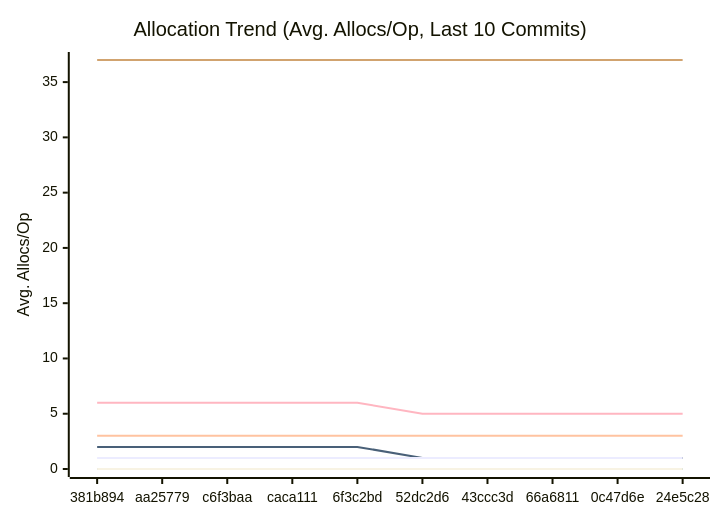
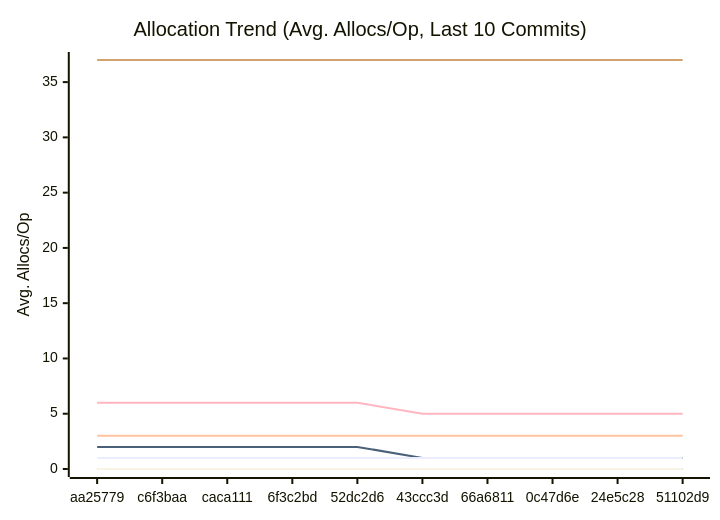
The third of 3 diagrams in docs/PERFORMANCE.md (alsotoes/momo), drawn with Mermaid before and after one commit. The commit also changed other lines of this file and 2 other files, not shown here.

````diff
--- a/docs/PERFORMANCE.md
+++ b/docs/PERFORMANCE.md
@@ -176,18 +176,18 @@
 ```mermaid
 xychart-beta
     title "Allocation Trend (Avg. Allocs/Op, Last 10 Commits)"
     x-axis "Commit"
     y-axis "Avg. Allocs/Op"
-    x-axis [381b894,aa25779,c6f3baa,caca111,6f3c2bd,52dc2d6,43ccc3d,66a6811,0c47d6e,24e5c28]
+    x-axis [aa25779,c6f3baa,caca111,6f3c2bd,52dc2d6,43ccc3d,66a6811,0c47d6e,24e5c28,51102d9]
     line "CheckMetricsAndSwap" [0,0,0,0,0,0,0,0,0,0]
     line "CrushOptimized" [0,0,0,0,0,0,0,0,0,0]
     line "CrushOriginal" [3,3,3,3,3,3,3,3,3,3]
     line "IndexDirectTracking" [0,0,0,0,0,0,0,0,0,0]
     line "IndexSearch" [0,0,0,0,0,0,0,0,0,0]
     line "LoadGlobalConfig" [37,37,37,37,37,37,37,37,37,37]
     line "PadString" [0,0,0,0,0,0,0,0,0,0]
     line "ParseReplicationOrder_NoPrealloc" [6,6,6,6,6,5,5,5,5,5]
     line "ParseReplicationOrder_Prealloc" [2,2,2,2,2,1,1,1,1,1]
     line "SanitizeLog/Safe" [0,0,0,0,0,0,0,0,0,0]
     line "SanitizeLog/Unsafe" [1,1,1,1,1,1,1,1,1,1]
 ```
````
